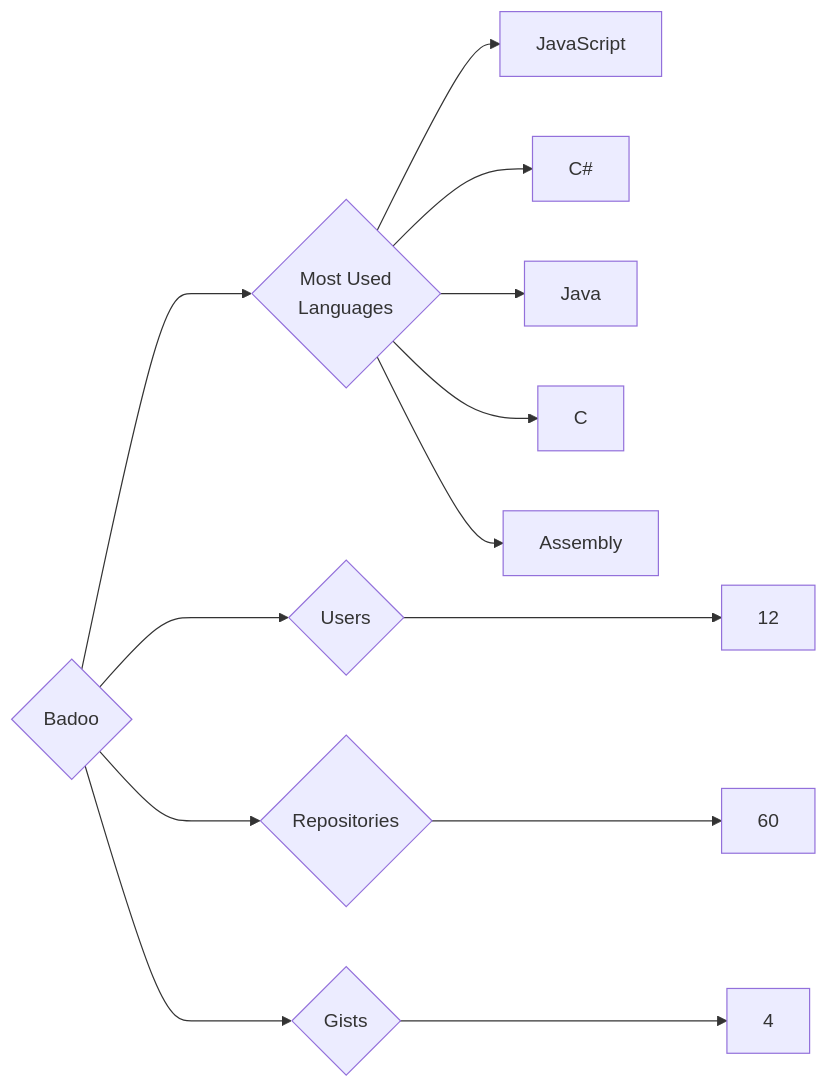
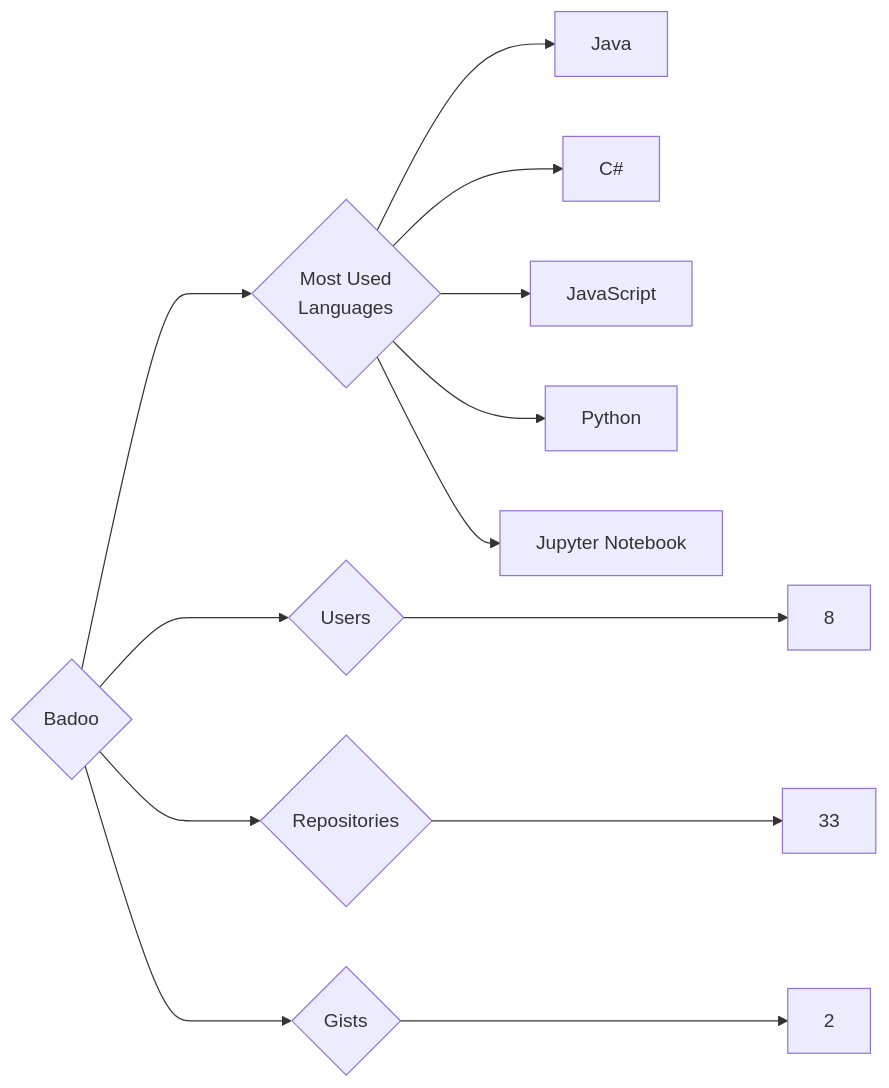
The diagram in targets/Badoo/README.md (trickest/insiders), drawn with Mermaid before and after one commit. The commit also changed 1170 other files, not shown here.

````diff
--- a/targets/Badoo/README.md
+++ b/targets/Badoo/README.md
@@ -3,13 +3,13 @@
 ```mermaid
 graph LR
 COMPANY_NAME{Badoo}
-COMPANY_NAME ---> U{Users} ---> UN[12]
-COMPANY_NAME ---> R{Repositories} ---> RN[60]
-COMPANY_NAME ---> G{Gists} ---> GN[4]
+COMPANY_NAME ---> U{Users} ---> UN[8]
+COMPANY_NAME ---> R{Repositories} ---> RN[33]
+COMPANY_NAME ---> G{Gists} ---> GN[2]
 COMPANY_NAME ---> ML{Most Used<br>Languages}
+ML --> Java[Java]
+ML --> C#[C#]
 ML --> JavaScript[JavaScript]
-ML --> C#[C#]
-ML --> Java[Java]
-ML --> C[C]
-ML --> Assembly[Assembly]
+ML --> Python[Python]
+ML --> Jupyter_Notebook[Jupyter Notebook]
 ```
````
